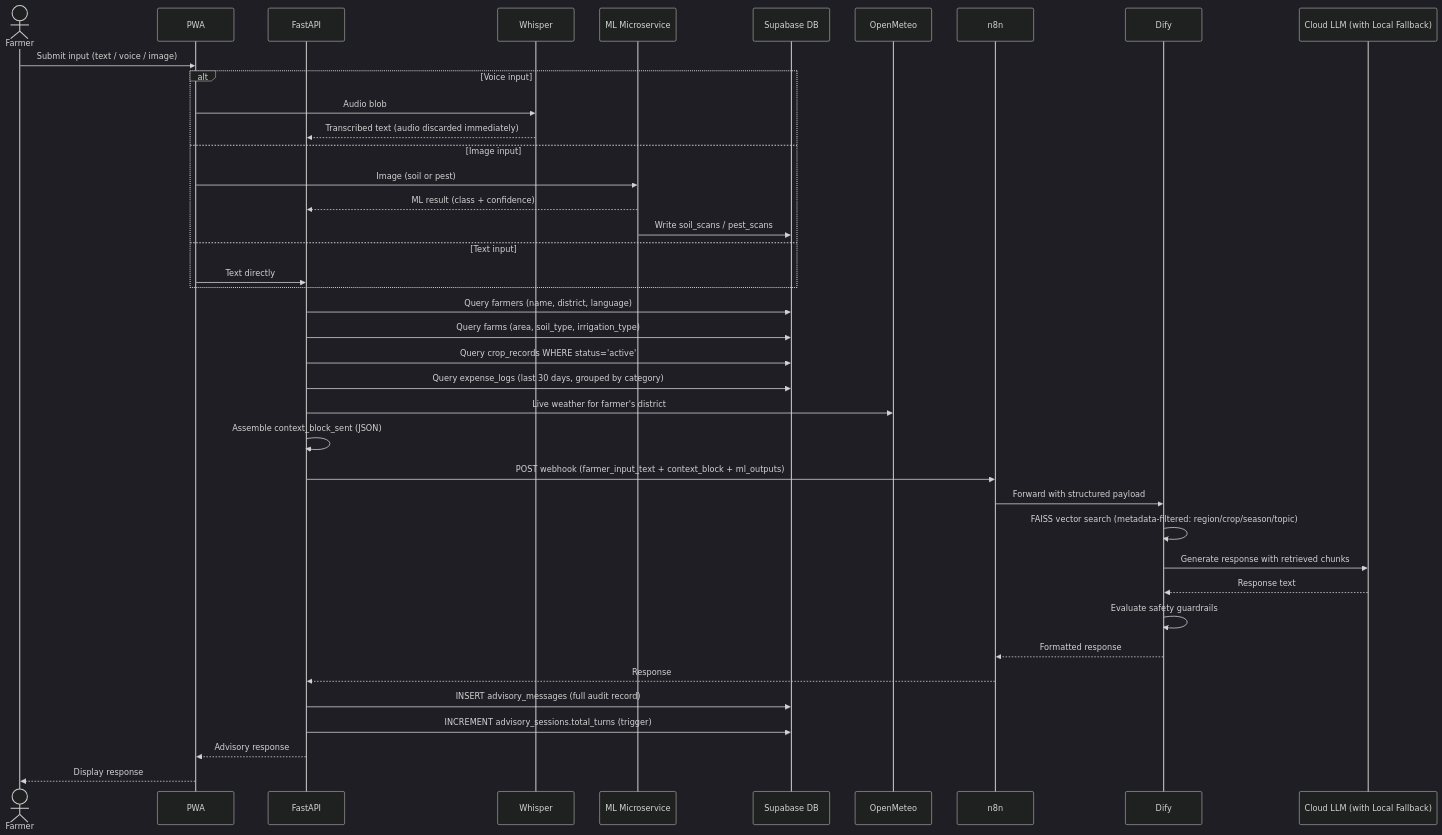
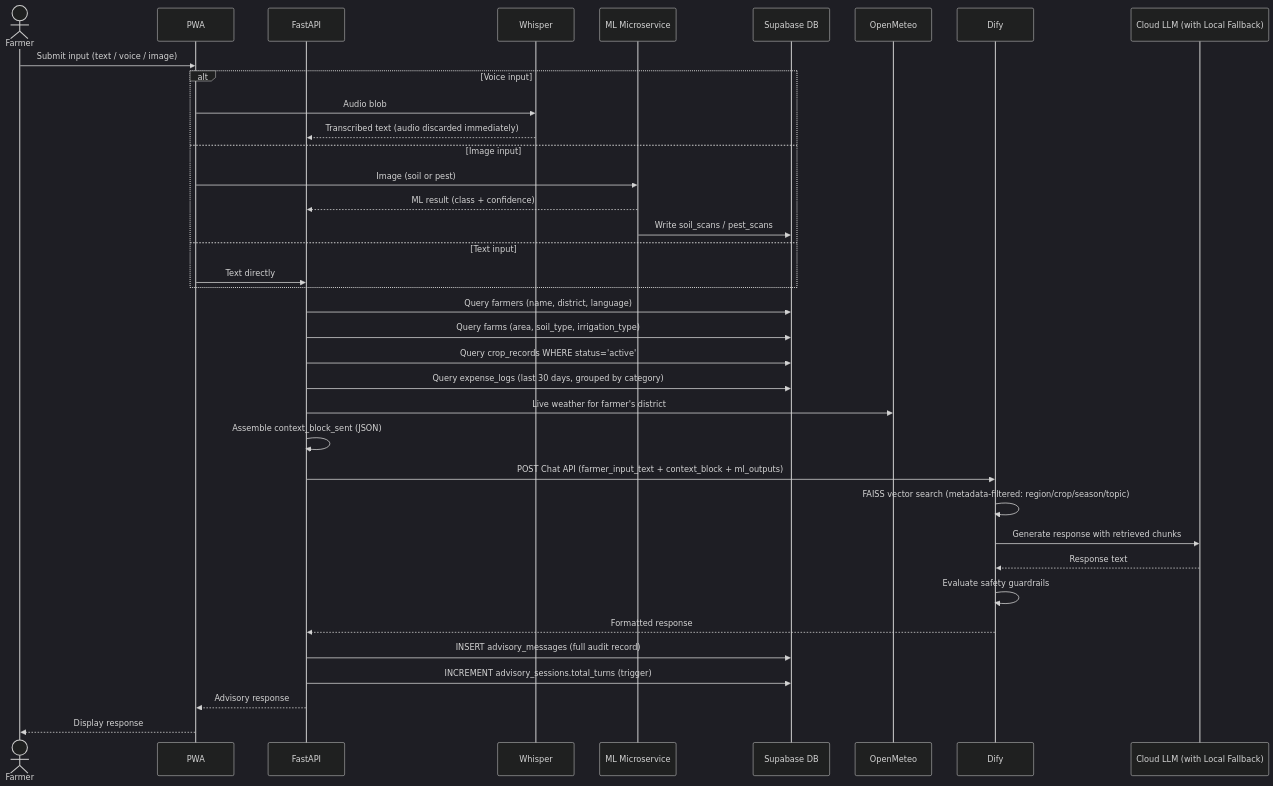
Before and after one commit to spark-456/krishi-sakhi: the second of 9 diagrams in solution.md, drawn with Mermaid (dark theme). The commit also changed other lines of this file and 1 other file, not shown here.

Commit message:
Updated -n8n +dify

````diff
--- a/solution.md
+++ b/solution.md
@@ -82,49 +79,46 @@
 ```mermaid
 sequenceDiagram
     actor Farmer
     participant PWA
     participant FastAPI
     participant Whisper
     participant MLService as ML Microservice
     participant SupaDB as Supabase DB
     participant OpenMeteo
-    participant n8n
     participant Dify
     participant LLM as Cloud LLM (with Local Fallback)
 
     Farmer->>PWA: Submit input (text / voice / image)
 
     alt Voice input
         PWA->>Whisper: Audio blob
         Whisper-->>FastAPI: Transcribed text (audio discarded immediately)
     else Image input
         PWA->>MLService: Image (soil or pest)
         MLService-->>FastAPI: ML result (class + confidence)
         MLService->>SupaDB: Write soil_scans / pest_scans
     else Text input
         PWA->>FastAPI: Text directly
     end
 
     FastAPI->>SupaDB: Query farmers (name, district, language)
     FastAPI->>SupaDB: Query farms (area, soil_type, irrigation_type)
     FastAPI->>SupaDB: Query crop_records WHERE status='active'
     FastAPI->>SupaDB: Query expense_logs (last 30 days, grouped by category)
     FastAPI->>OpenMeteo: Live weather for farmer's district
 
     FastAPI->>FastAPI: Assemble context_block_sent (JSON)
 
-    FastAPI->>n8n: POST webhook (farmer_input_text + context_block + ml_outputs)
-    n8n->>Dify: Forward with structured payload
+    FastAPI->>Dify: POST Chat API (farmer_input_text + context_block + ml_outputs)
     Dify->>Dify: FAISS vector search (metadata-filtered: region/crop/season/topic)
     Dify->>LLM: Generate response with retrieved chunks
     LLM-->>Dify: Response text
     Dify->>Dify: Evaluate safety guardrails
-    Dify-->>n8n: Formatted response
-    n8n-->>FastAPI: Response
+    Dify-->>FastAPI: Formatted response
 
     FastAPI->>SupaDB: INSERT advisory_messages (full audit record)
     FastAPI->>SupaDB: INCREMENT advisory_sessions.total_turns (trigger)
     FastAPI-->>PWA: Advisory response
 
     PWA-->>Farmer: Display response
 ```
````
